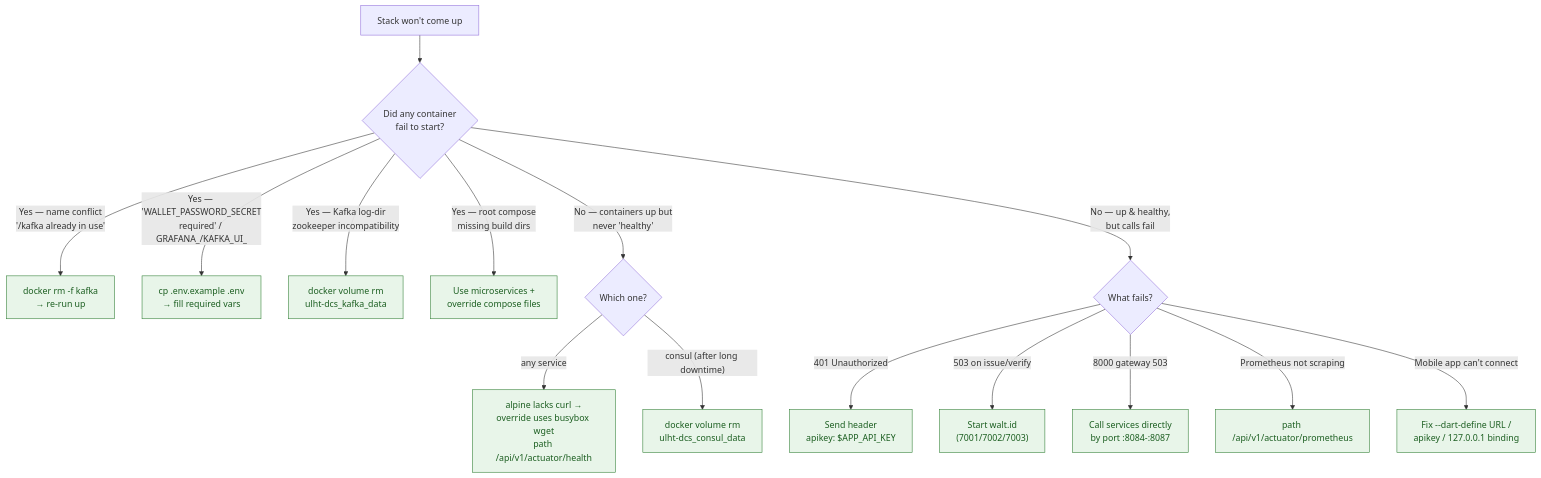
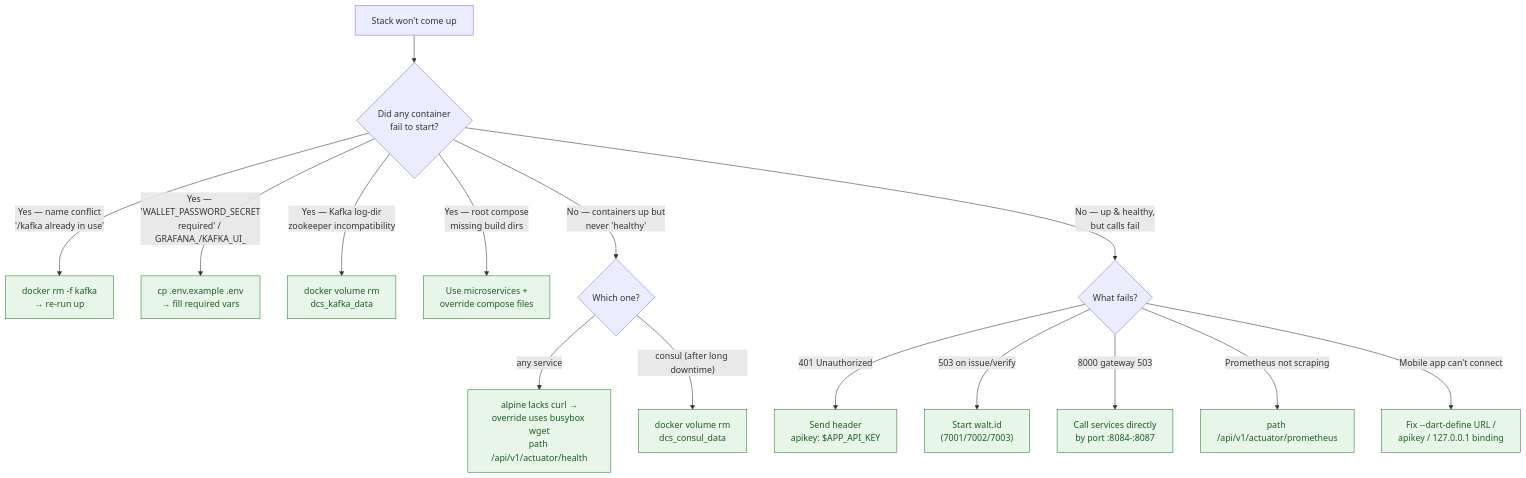
Before and after one commit to marcelogdomingues/ulht-dcs-public: the diagram in docs/TROUBLESHOOTING.md, drawn with Mermaid. The commit also changed other lines of this file and 600 other files, not shown here.

````diff
--- a/docs/TROUBLESHOOTING.md
+++ b/docs/TROUBLESHOOTING.md
@@ -28,23 +28,23 @@
 ```mermaid
 flowchart TD
     A["Stack won't come up"] --> B{"Did any container<br/>fail to start?"}
 
     B -->|"Yes — name conflict<br/>'/kafka already in use'"| C["docker rm -f kafka<br/>→ re-run up"]
     B -->|"Yes — 'WALLET_PASSWORD_SECRET<br/>required' / GRAFANA_/KAFKA_UI_"| D["cp .env.example .env<br/>→ fill required vars"]
-    B -->|"Yes — Kafka log-dir<br/>zookeeper incompatibility"| E["docker volume rm<br/>ulht-dcs_kafka_data"]
+    B -->|"Yes — Kafka log-dir<br/>zookeeper incompatibility"| E["docker volume rm<br/>dcs_kafka_data"]
     B -->|"Yes — root compose<br/>missing build dirs"| F["Use microservices +<br/>override compose files"]
 
     B -->|"No — containers up but<br/>never 'healthy'"| G{"Which one?"}
     G -->|"any service"| H["alpine lacks curl →<br/>override uses busybox wget<br/>path /api/v1/actuator/health"]
-    G -->|"consul (after long downtime)"| I["docker volume rm<br/>ulht-dcs_consul_data"]
+    G -->|"consul (after long downtime)"| I["docker volume rm<br/>dcs_consul_data"]
 
     B -->|"No — up & healthy,<br/>but calls fail"| J{"What fails?"}
     J -->|"401 Unauthorized"| K["Send header<br/>apikey: $APP_API_KEY"]
     J -->|"503 on issue/verify"| L["Start walt.id<br/>(7001/7002/7003)"]
     J -->|"8000 gateway 503"| M["Call services directly<br/>by port :8084-:8087"]
     J -->|"Prometheus not scraping"| N["path /api/v1/actuator/prometheus"]
     J -->|"Mobile app can't connect"| O["Fix --dart-define URL /<br/>apikey / 127.0.0.1 binding"]
 
     classDef fix fill:#e8f5e9,stroke:#2e7d32,color:#1b5e20;
     class C,D,E,F,H,I,K,L,M,N,O fix;
 ```
````
